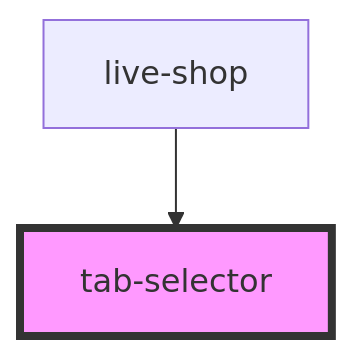
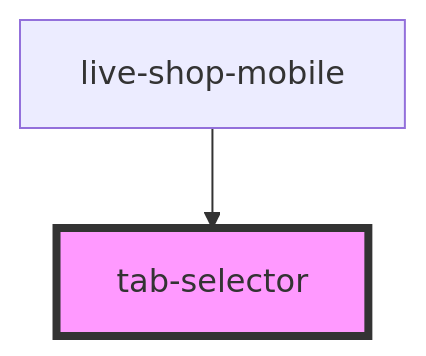
The diagram in src/components/ui/tab-selector/readme.md (commerce-suite/storefront-components), drawn with Mermaid before and after one commit. The commit also changed other lines of this file and 14 other files, not shown here.

````diff
--- a/src/components/ui/tab-selector/readme.md
+++ b/src/components/ui/tab-selector/readme.md
@@ -22,5 +22,5 @@
 ```mermaid
 graph TD;
-  live-shop --> tab-selector
+  live-shop-mobile --> tab-selector
   style tab-selector fill:#f9f,stroke:#333,stroke-width:4px
 ```
````
